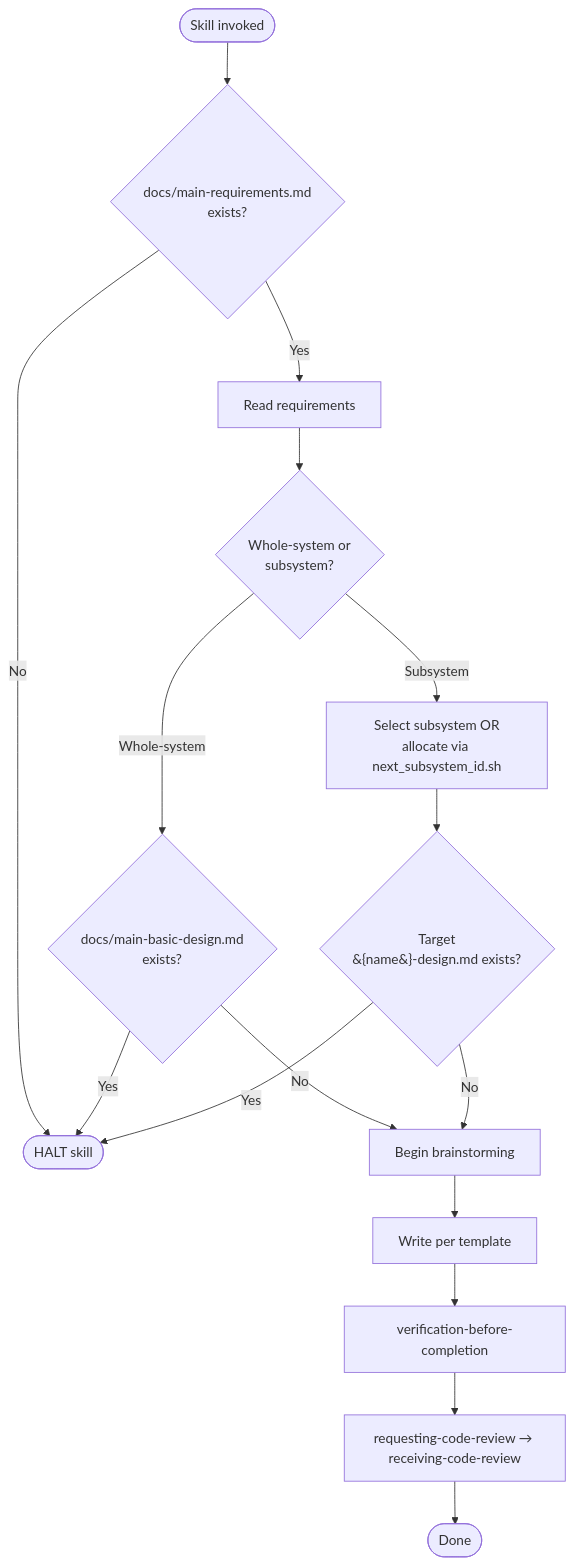
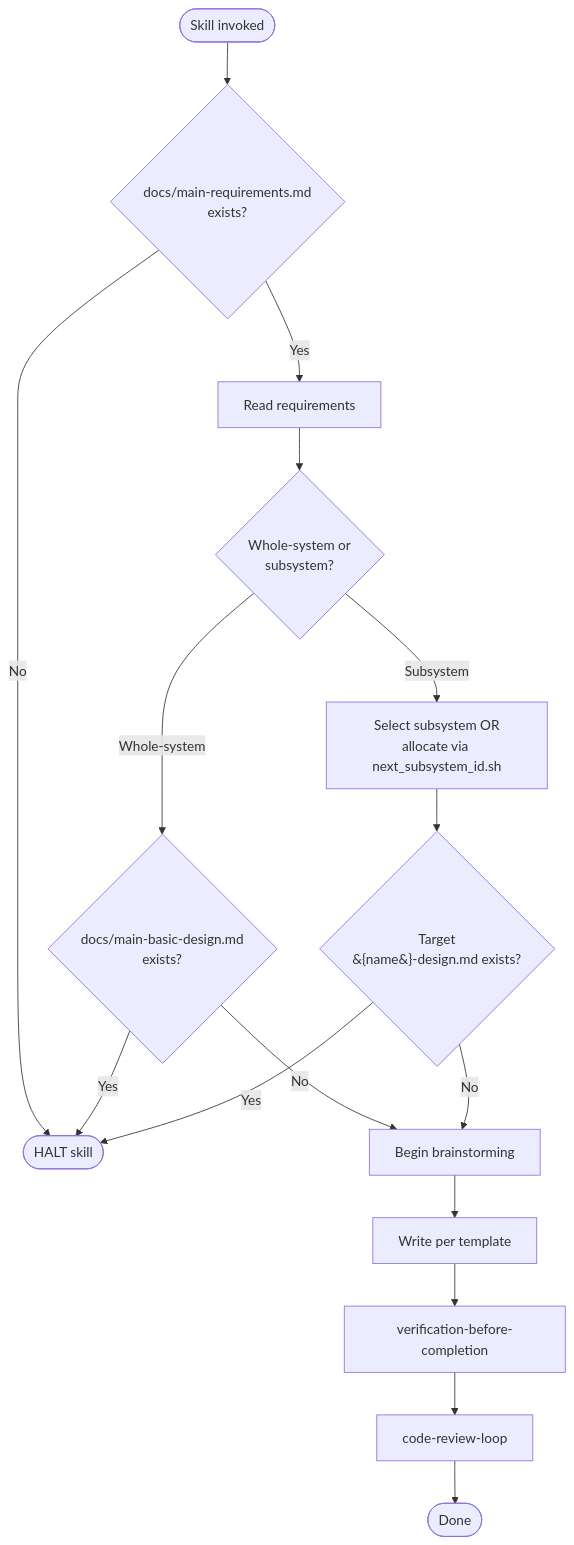
Before and after one commit to wintermaples/spec-coexist: the diagram in .claude/skills/creating-basic-design/SKILL.md, drawn with Mermaid. The commit also changed other lines of this file and 158 other files, not shown here.

````diff
--- a/.claude/skills/creating-basic-design/SKILL.md
+++ b/.claude/skills/creating-basic-design/SKILL.md
@@ -31,18 +31,18 @@
 ```mermaid
 flowchart TD
     Start([Skill invoked]) --> Q1{docs/main-requirements.md<br/>exists?}
     Q1 -- No --> Stop([HALT skill])
     Q1 -- Yes --> R1[Read requirements]
     R1 --> Q2{Whole-system or<br/>subsystem?}
     Q2 -- Whole-system --> Q3A{docs/main-basic-design.md<br/>exists?}
     Q2 -- Subsystem --> S1[Select subsystem OR<br/>allocate via next_subsystem_id.sh]
     S1 --> Q3B{"Target<br/>&#123;name&#125;-design.md exists?"}
     Q3A -- Yes --> Stop
     Q3A -- No --> BS[Begin brainstorming]
     Q3B -- Yes --> Stop
     Q3B -- No --> BS
     BS --> Write[Write per template]
     Write --> Verify[verification-before-completion]
-    Verify --> Review[requesting-code-review → receiving-code-review]
+    Verify --> Review[code-review-loop]
     Review --> End([Done])
 ```
````
